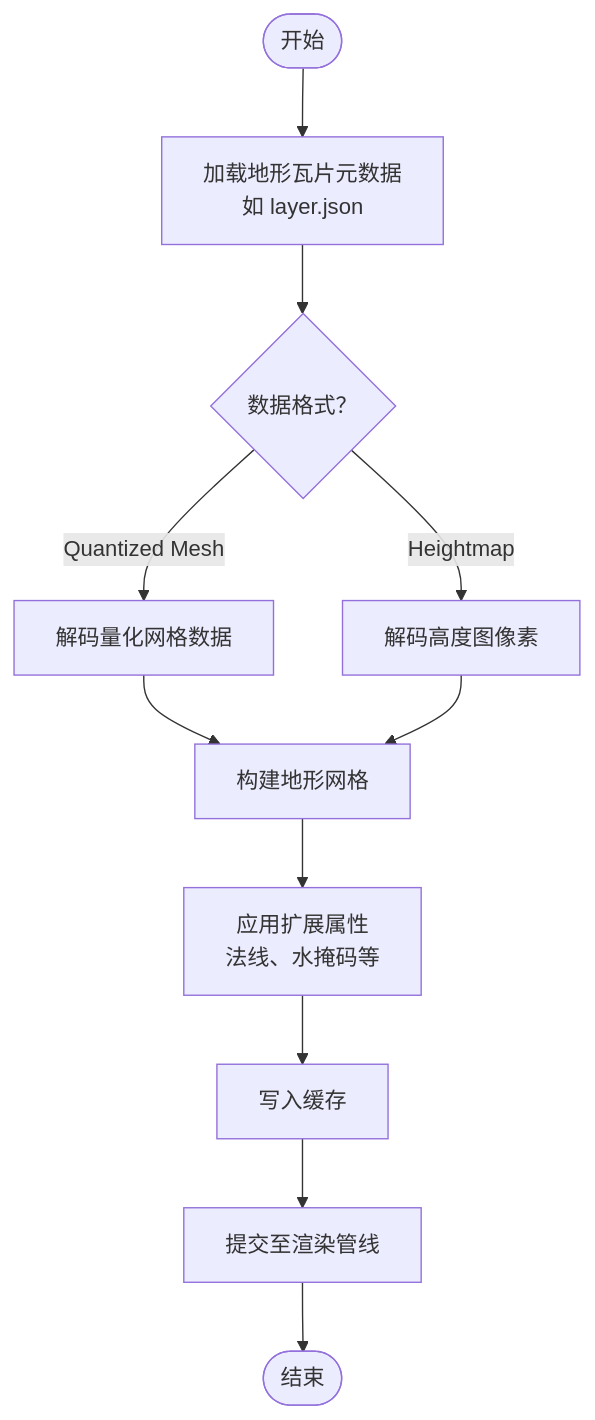
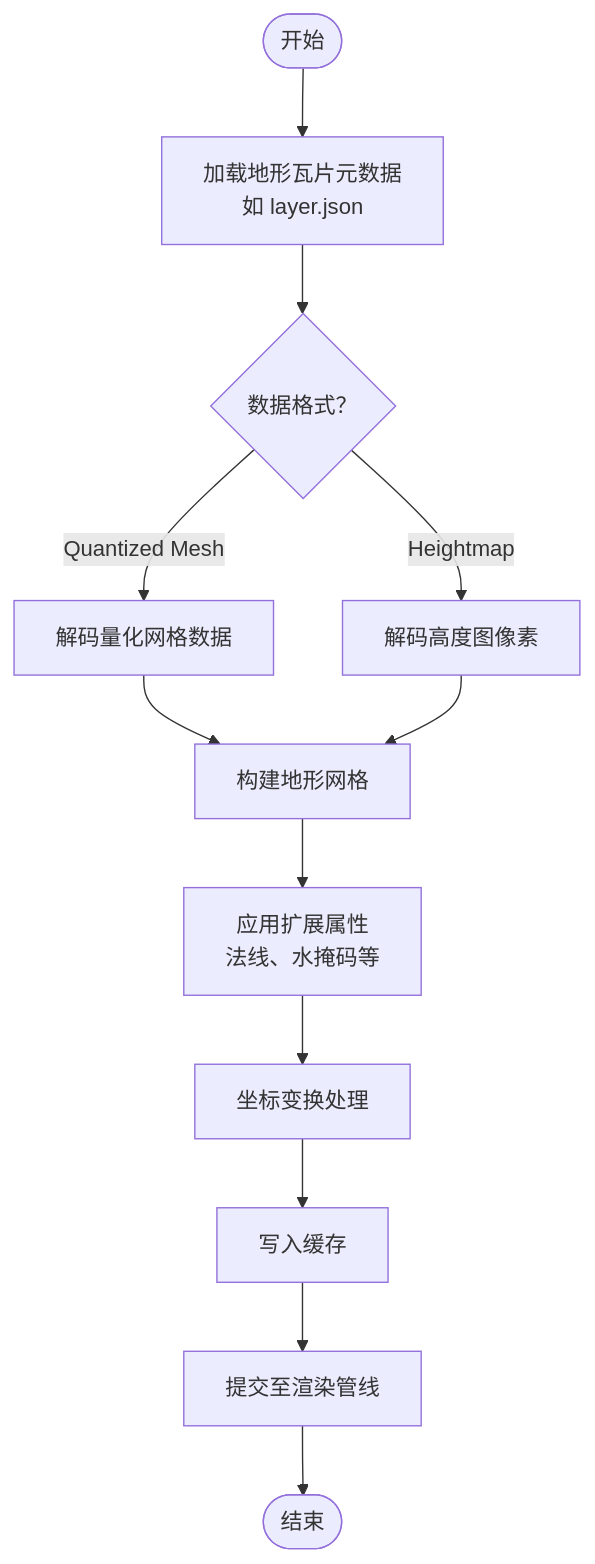
The fourth of 7 diagrams in .qoder/repowiki/zh/content/数据提供者/数据提供者.md (rzhangjing/cesium), drawn with Mermaid before and after one commit. The commit also changed other lines of this file and 52 other files, not shown here.

````diff
--- a/.qoder/repowiki/zh/content/数据提供者/数据提供者.md
+++ b/.qoder/repowiki/zh/content/数据提供者/数据提供者.md
@@ -159,13 +174,14 @@
 ```mermaid
 flowchart TD
 Start(["开始"]) --> LoadMeta["加载地形瓦片元数据<br/>如 layer.json"]
 LoadMeta --> Format{"数据格式？"}
 Format --> |Quantized Mesh| DecodeQM["解码量化网格数据"]
 Format --> |Heightmap| DecodeHM["解码高度图像素"]
 DecodeQM --> BuildMesh["构建地形网格"]
 DecodeHM --> BuildMesh
 BuildMesh --> ApplyExt["应用扩展属性<br/>法线、水掩码等"]
-ApplyExt --> Cache["写入缓存"]
+ApplyExt --> Transform["坐标变换处理"]
+Transform --> Cache["写入缓存"]
 Cache --> Render["提交至渲染管线"]
 Render --> End(["结束"])
 ```
````
